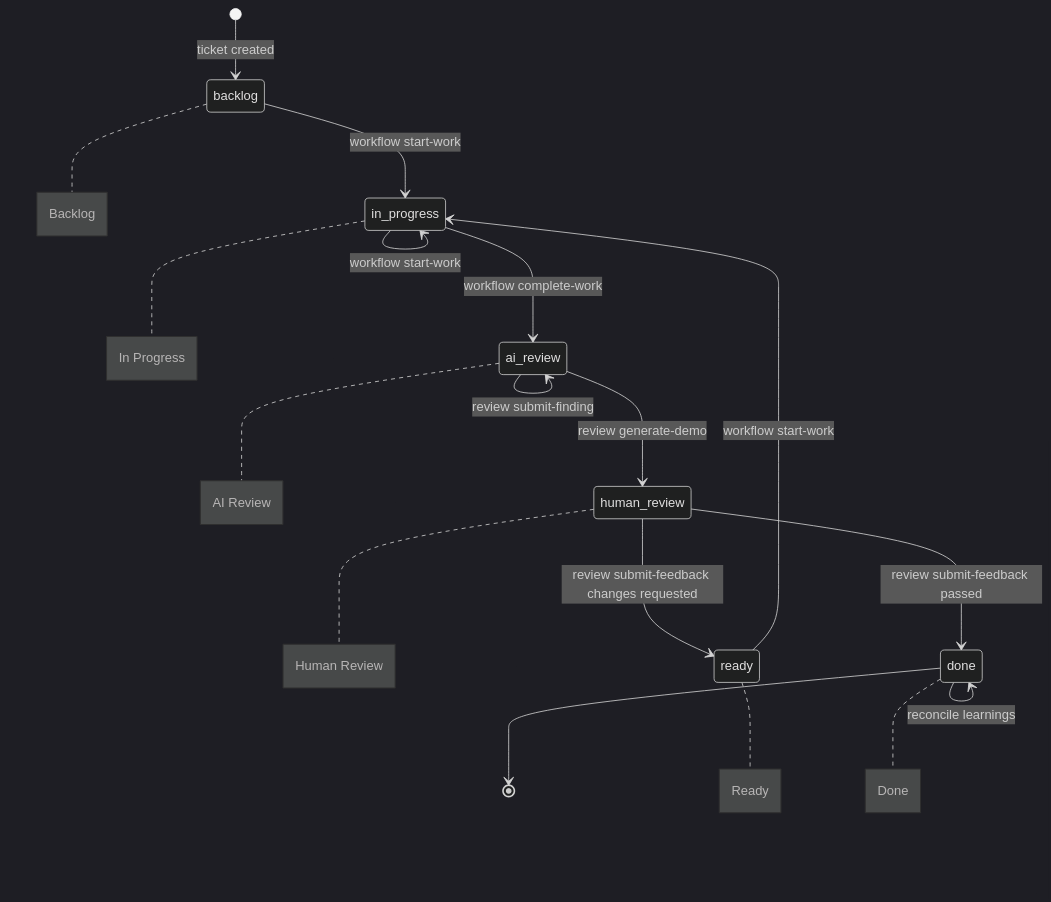
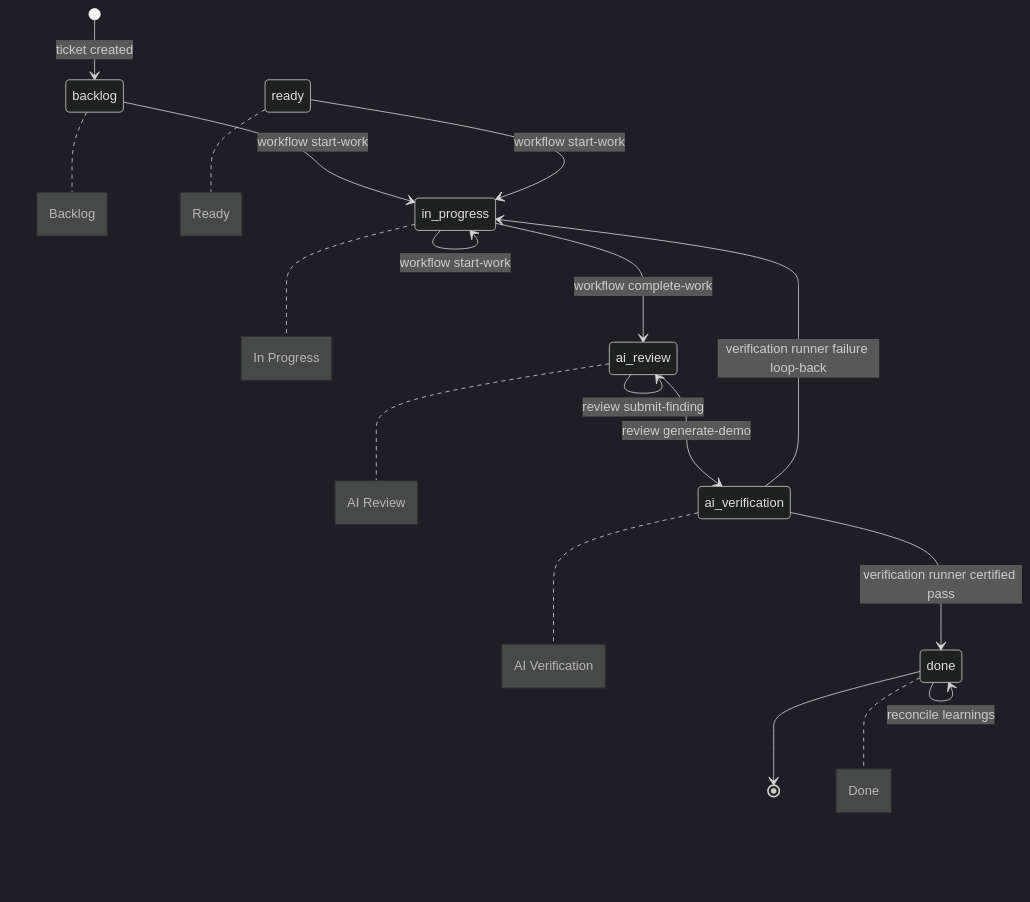
The first of 15 diagrams in docs/claude-flow-ticket-lifecycle.md (salmanrrana/brain-dump), drawn with Mermaid (dark theme) before and after one commit. The commit also changed other lines of this file and 84 other files, not shown here.

Commit message:
feat(9f63c408): add ai verification status flow

````diff
--- a/docs/claude-flow-ticket-lifecycle.md
+++ b/docs/claude-flow-ticket-lifecycle.md
@@ -11,21 +11,21 @@
 ```mermaid
 stateDiagram-v2
     [*] --> backlog: ticket created
     backlog --> in_progress: workflow start-work
     ready --> in_progress: workflow start-work
     in_progress --> in_progress: workflow start-work
     in_progress --> ai_review: workflow complete-work
     ai_review --> ai_review: review submit-finding
-    ai_review --> human_review: review generate-demo
-    human_review --> done: review submit-feedback passed
-    human_review --> ready: review submit-feedback changes requested
+    ai_review --> ai_verification: review generate-demo
+    ai_verification --> done: verification runner certified pass
+    ai_verification --> in_progress: verification runner failure loop-back
     done --> done: reconcile learnings
     done --> [*]
 
     note right of backlog: Backlog
     note right of ready: Ready
     note right of in_progress: In Progress
     note right of ai_review: AI Review
-    note right of human_review: Human Review
+    note right of ai_verification: AI Verification
     note right of done: Done
 ```
````
